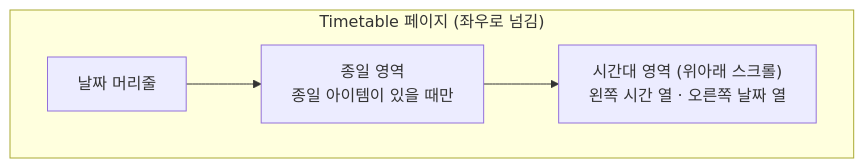
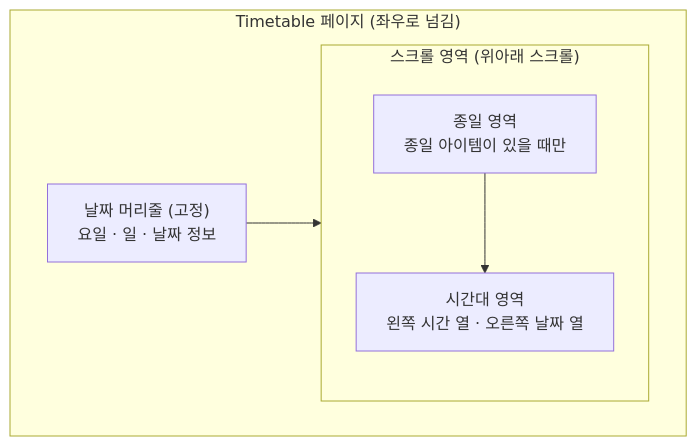
One commit to taetae98coding/DiaryKMP changed the diagram in docs/design/timetable.md. Above: the diagram before and after it, drawn with Mermaid. The commit also changed other lines of this file and 39 other files, not shown here.

````diff
--- a/docs/design/timetable.md
+++ b/docs/design/timetable.md
@@ -9,9 +9,12 @@
 ```mermaid
 flowchart TD
     subgraph page["Timetable 페이지 (좌우로 넘김)"]
-        header["날짜 머리줄"]
-        allDay["종일 영역<br/>종일 아이템이 있을 때만"]
-        grid["시간대 영역 (위아래 스크롤)<br/>왼쪽 시간 열 · 오른쪽 날짜 열"]
+        header["날짜 머리줄 (고정)<br/>요일 · 일 · 날짜 정보"]
+        subgraph scroll["스크롤 영역 (위아래 스크롤)"]
+            allDay["종일 영역<br/>종일 아이템이 있을 때만"]
+            grid["시간대 영역<br/>왼쪽 시간 열 · 오른쪽 날짜 열"]
+        end
     end
-    header --> allDay --> grid
+    header --> scroll
+    allDay --> grid
 ```
````
